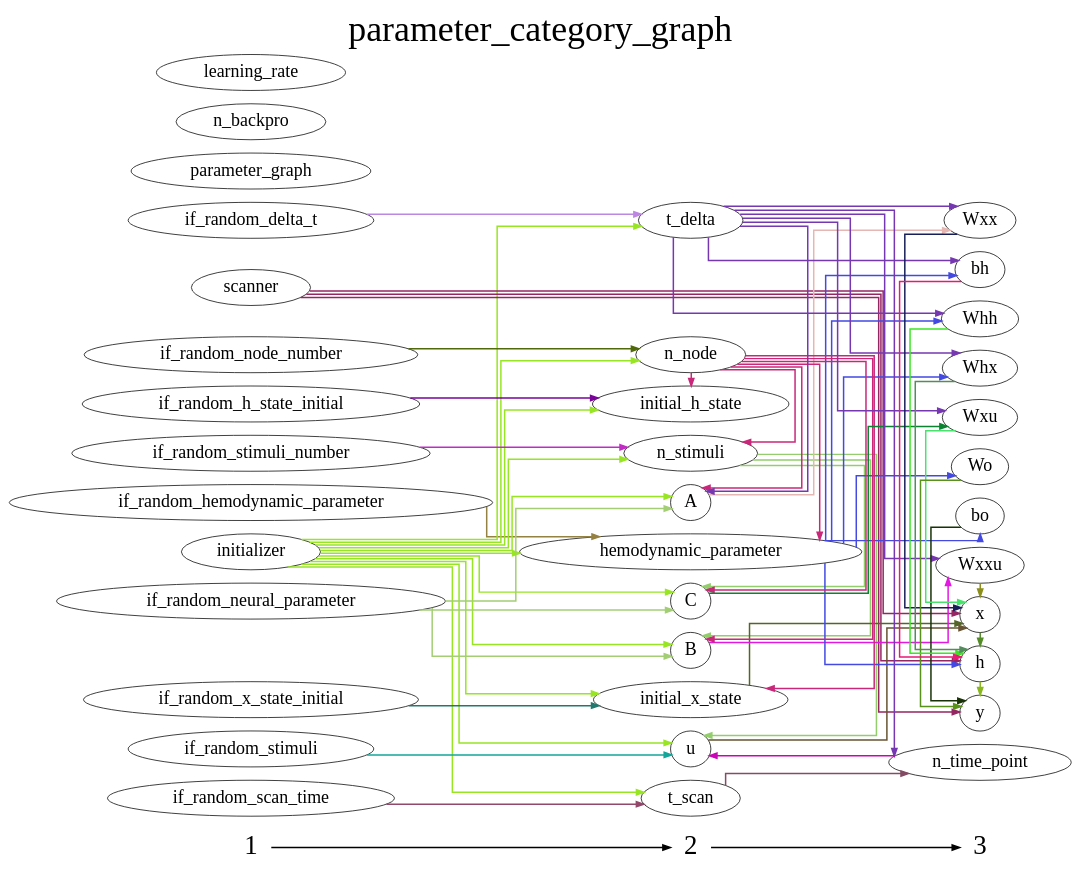
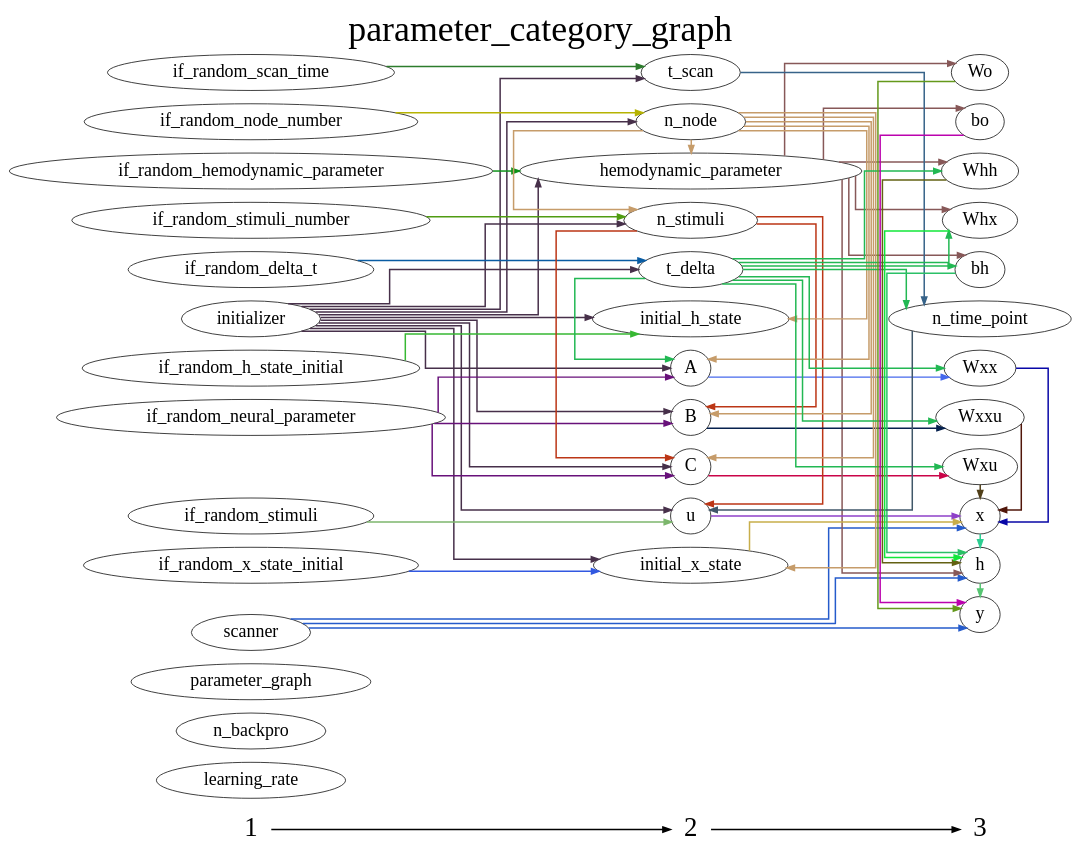
One commit to YuanWangOnward/DCM_RNN changed the diagram in DCM_RNN/documents/parameter_category_graph.gv. Above: the diagram before and after it, drawn with Graphviz. The commit also changed 6 other files, not shown here.

```diff
--- a/DCM_RNN/documents/parameter_category_graph.gv
+++ b/DCM_RNN/documents/parameter_category_graph.gv
@@ -1,132 +1,132 @@
 digraph G {
           splines=ortho;
           fontsize = 48;
           rankdir = "LR";
           node[fontsize=24];
           edge[penwidth=2];
           {
           node [shape=plaintext fontsize=36];
           1 -> 
           2 -> 
           3
           }
           {rank = same;
           1;
+          learning_rate;
+          n_backpro;
+          parameter_graph;
+          initializer;
+          if_random_stimuli_number;
+          if_random_delta_t;
+          if_random_scan_time;
+          if_random_stimuli;
+          if_random_h_state_initial;
           if_random_hemodynamic_parameter;
-          initializer;
+          if_random_neural_parameter;
           scanner;
-          if_random_stimuli_number;
-          parameter_graph;
-          if_random_h_state_initial;
+          if_random_node_number;
           if_random_x_state_initial;
-          if_random_neural_parameter;
-          if_random_scan_time;
-          if_random_node_number;
-          if_random_delta_t;
-          n_backpro;
-          if_random_stimuli;
-          learning_rate;
           }
           {rank = same;
           2;
+          C;
+          hemodynamic_parameter;
+          t_scan;
           initial_h_state;
-          t_scan;
+          A;
           n_stimuli;
-          initial_x_state;
           B;
           u;
-          hemodynamic_parameter;
-          A;
           n_node;
-          C;
+          initial_x_state;
           t_delta;
           }
           {rank = same;
           3;
+          bh;
           y;
+          n_time_point;
+          Wxx;
+          x;
+          Wo;
+          Whh;
+          Wxu;
+          h;
+          Wxxu;
           bo;
-          Wxu;
-          Wxx;
-          Wo;
-          Wxxu;
-          h;
-          Whh;
           Whx;
-          x;
-          n_time_point;
-          bh;
           }
+          bh -> h [color="#2BC067"];
+          if_random_h_state_initial -> initial_h_state [color="#37B833"];
+          parameter_graph ;
+          C -> Wxu [color="#CA0448"];
+          n_backpro ;
+          if_random_x_state_initial -> initial_x_state [color="#3258E1"];
+          hemodynamic_parameter -> bh [color="#875858"];
+          hemodynamic_parameter -> Whh [color="#875858"];
+          hemodynamic_parameter -> Wo [color="#875858"];
+          hemodynamic_parameter -> h [color="#875858"];
+          hemodynamic_parameter -> bo [color="#875858"];
+          hemodynamic_parameter -> Whx [color="#875858"];
+          n_time_point -> u [color="#405769"];
+          initializer -> n_stimuli [color="#47304A"];
+          initializer -> B [color="#47304A"];
+          initializer -> t_scan [color="#47304A"];
+          initializer -> t_delta [color="#47304A"];
+          initializer -> initial_x_state [color="#47304A"];
+          initializer -> C [color="#47304A"];
+          initializer -> hemodynamic_parameter [color="#47304A"];
+          initializer -> initial_h_state [color="#47304A"];
+          initializer -> A [color="#47304A"];
+          initializer -> u [color="#47304A"];
+          initializer -> n_node [color="#47304A"];
           y ;
+          if_random_stimuli_number -> n_stimuli [color="#509C12"];
+          learning_rate ;
+          if_random_delta_t -> t_delta [color="#095CA3"];
+          u -> x [color="#8E40C9"];
+          if_random_stimuli -> u [color="#7CB66C"];
+          t_scan -> n_time_point [color="#376389"];
+          Wxx -> x [color="#0807A7"];
+          x -> h [color="#2CCE91"];
+          initial_x_state -> x [color="#C8AE4B"];
+          Wo -> y [color="#64991B"];
+          if_random_hemodynamic_parameter -> hemodynamic_parameter [color="#0E9219"];
+          if_random_neural_parameter -> B [color="#68117A"];
+          if_random_neural_parameter -> C [color="#68117A"];
+          if_random_neural_parameter -> A [color="#68117A"];
           initial_h_state ;
-          if_random_hemodynamic_parameter -> hemodynamic_parameter [color="#958142"];
-          bo -> y [color="#183205"];
-          Wxu -> x [color="#49E26E"];
-          Wxx -> x [color="#171E58"];
-          initializer -> initial_x_state [color="#98E524"];
-          initializer -> t_scan [color="#98E524"];
-          initializer -> initial_h_state [color="#98E524"];
-          initializer -> n_node [color="#98E524"];
-          initializer -> n_stimuli [color="#98E524"];
-          initializer -> B [color="#98E524"];
-          initializer -> u [color="#98E524"];
-          initializer -> hemodynamic_parameter [color="#98E524"];
-          initializer -> A [color="#98E524"];
-          initializer -> C [color="#98E524"];
-          initializer -> t_delta [color="#98E524"];
-          scanner -> y [color="#942663"];
-          scanner -> h [color="#942663"];
-          scanner -> x [color="#942663"];
-          if_random_stimuli_number -> n_stimuli [color="#C22CC6"];
-          Wo -> y [color="#59921A"];
-          C -> Wxu [color="#0B8330"];
-          n_stimuli -> B [color="#92CE6B"];
-          n_stimuli -> u [color="#92CE6B"];
-          n_stimuli -> C [color="#92CE6B"];
-          initial_x_state -> x [color="#536627"];
-          Whh -> h [color="#3BE523"];
-          if_random_h_state_initial -> initial_h_state [color="#7A0399"];
-          B -> Wxxu [color="#E318E2"];
-          u -> x [color="#675333"];
-          if_random_x_state_initial -> initial_x_state [color="#21786E"];
-          parameter_graph ;
-          if_random_neural_parameter -> B [color="#A3CE75"];
-          if_random_neural_parameter -> A [color="#A3CE75"];
-          if_random_neural_parameter -> C [color="#A3CE75"];
-          Whx -> h [color="#548C5E"];
-          h -> y [color="#8AB720"];
-          if_random_node_number -> n_node [color="#50690A"];
-          if_random_delta_t -> t_delta [color="#BC87E1"];
-          n_node -> initial_x_state [color="#C9287A"];
-          n_node -> initial_h_state [color="#C9287A"];
-          n_node -> n_stimuli [color="#C9287A"];
-          n_node -> B [color="#C9287A"];
-          n_node -> hemodynamic_parameter [color="#C9287A"];
-          n_node -> A [color="#C9287A"];
-          n_node -> C [color="#C9287A"];
-          learning_rate ;
-          hemodynamic_parameter -> bo [color="#4349E1"];
-          hemodynamic_parameter -> Whh [color="#4349E1"];
-          hemodynamic_parameter -> h [color="#4349E1"];
-          hemodynamic_parameter -> bh [color="#4349E1"];
-          hemodynamic_parameter -> Wo [color="#4349E1"];
-          hemodynamic_parameter -> Whx [color="#4349E1"];
-          A -> Wxx [color="#E6B6B2"];
-          if_random_scan_time -> t_scan [color="#92476B"];
-          x -> h [color="#558C2A"];
-          Wxxu -> x [color="#8C8E1B"];
-          if_random_stimuli -> u [color="#12A69A"];
-          n_time_point -> u [color="#CA05B7"];
-          bh -> h [color="#E81976"];
-          t_scan -> n_time_point [color="#834B64"];
-          t_delta -> Wxu [color="#7638B0"];
-          t_delta -> Whh [color="#7638B0"];
-          t_delta -> Wxxu [color="#7638B0"];
-          t_delta -> bh [color="#7638B0"];
-          t_delta -> A [color="#7638B0"];
-          t_delta -> Whx [color="#7638B0"];
-          t_delta -> n_time_point [color="#7638B0"];
-          t_delta -> Wxx [color="#7638B0"];
-          n_backpro ;
+          Whh -> h [color="#636113"];
+          n_stimuli -> B [color="#BC3616"];
+          n_stimuli -> C [color="#BC3616"];
+          n_stimuli -> u [color="#BC3616"];
+          B -> Wxxu [color="#06214E"];
+          scanner -> y [color="#255BCB"];
+          scanner -> x [color="#255BCB"];
+          scanner -> h [color="#255BCB"];
+          if_random_scan_time -> t_scan [color="#2C7C2C"];
+          if_random_node_number -> n_node [color="#B6B302"];
+          Wxu -> x [color="#51401A"];
+          h -> y [color="#56C572"];
+          t_delta -> bh [color="#22B853"];
+          t_delta -> Whh [color="#22B853"];
+          t_delta -> Wxu [color="#22B853"];
+          t_delta -> n_time_point [color="#22B853"];
+          t_delta -> Wxx [color="#22B853"];
+          t_delta -> A [color="#22B853"];
+          t_delta -> Wxxu [color="#22B853"];
+          t_delta -> Whx [color="#22B853"];
+          Wxxu -> x [color="#50160A"];
+          bo -> y [color="#BB03AE"];
+          A -> Wxx [color="#4669EC"];
+          Whx -> h [color="#12E73A"];
+          n_node -> n_stimuli [color="#C69C6A"];
+          n_node -> B [color="#C69C6A"];
+          n_node -> initial_x_state [color="#C69C6A"];
+          n_node -> C [color="#C69C6A"];
+          n_node -> hemodynamic_parameter [color="#C69C6A"];
+          n_node -> initial_h_state [color="#C69C6A"];
+          n_node -> A [color="#C69C6A"];
           labelloc = "t";
           label = "parameter_category_graph";
 }
```
